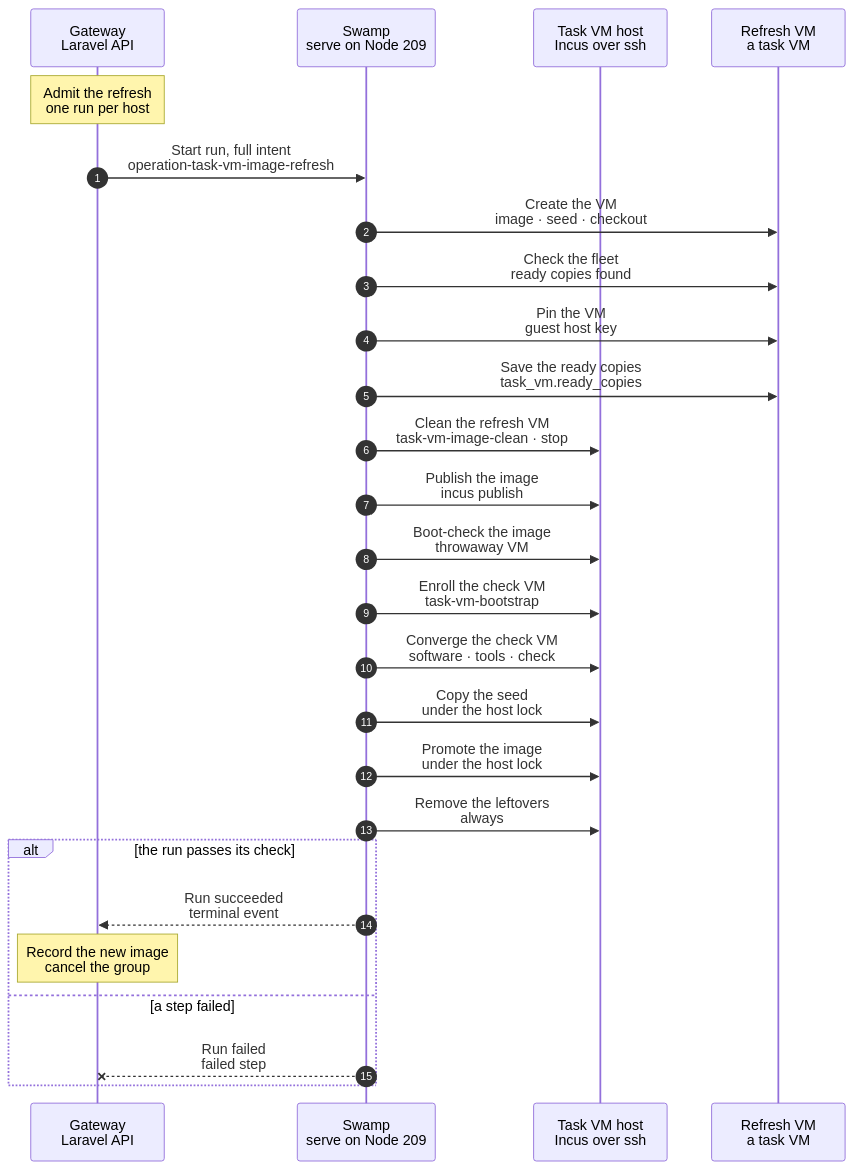
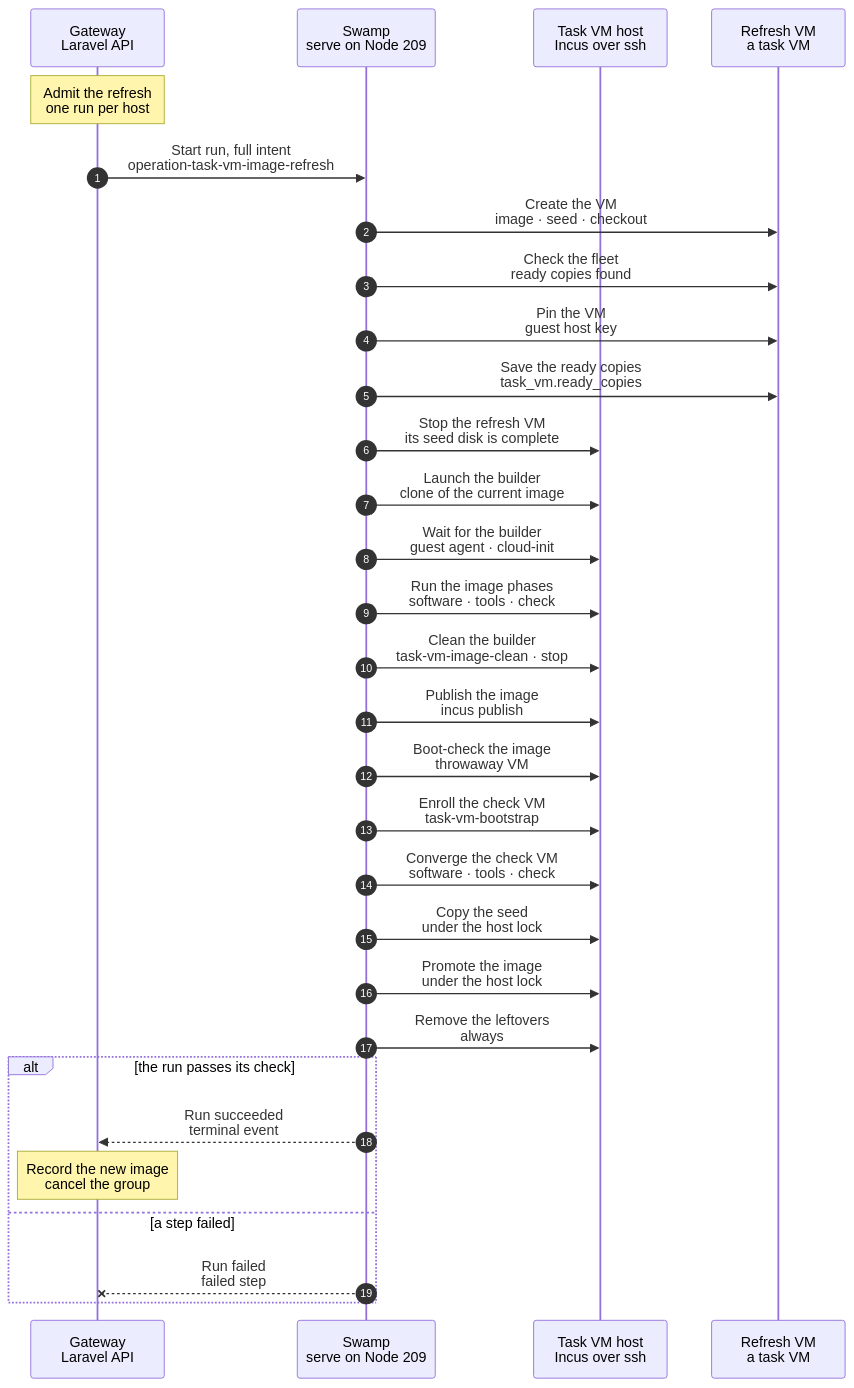
Before and after one commit to hardimpactdev/orbit: the diagram in docs/cli/tasks/vm-image-refresh.mmd, drawn with Mermaid. The commit also changed 1 other file, not shown here.

Commit message:
docs(pipeline): publish the task image from a clean builder

```diff
--- a/docs/cli/tasks/vm-image-refresh.mmd
+++ b/docs/cli/tasks/vm-image-refresh.mmd
@@ -1,70 +1,81 @@
 sequenceDiagram
   %% Target design: the run that refreshes the task image and the topology seed of one task VM host (stage 6, docs/reference/pipeline/6-task-image-seed-refresh.mmd). It is the per-host part of that chart, as built.
   %% status: draft
   %% command: none · task-vms:refresh-image on the Gateway host
   %% kind: task_vm.image_refresh
   autonumber
   %% lane GW icon=gateway pill=intent tone=blue
   %% lane SW icon=workflow pill=executes tone=green
   %% lane H icon=server pill=target tone=amber
   %% lane VM icon=server pill=refresh VM tone=purple
   participant GW as Gateway<br/>Laravel API
   participant SW as Swamp<br/>serve on Node 209
   participant H as Task VM host<br/>Incus over ssh
   participant VM as Refresh VM<br/>a task VM
   Note over GW: Admit the refresh<br/>one run per host
   %%> Started by:
   %%> - the release projection, when the release that went live changed playbooks, pins or lock files; a daily Gateway schedule; and the operator commands `php artisan task-vms:refresh-image HOST` and `task-vms:refresh-images`
   %%> Requirements:
   %%> - an active, configured task VM host with a promoted image and no image build running, and a Gateway release with a commit
   %%> Result:
   %%> - a group of its own in the proof Project, placed on this host only, and the full intent recorded; a second admission for the host returns the open run
   GW->>SW: Start run, full intent<br/>operation-task-vm-image-refresh
   SW->>VM: Create the VM<br/>image · seed · checkout
   %%> What it does:
   %%> - the child `operation-task-provision`: a task VM from the image the host promoted last, with a clone of its seed, the checkout of the release commit, the converge of the outer VM and the nested fleet from the ready copies
   SW->>VM: Check the fleet<br/>ready copies found
   %%> What it does:
   %%> - an assert on the receipt of the VM step: the nested fleet started from the ready copies; a seed without usable ready copies fails the run here, before anything is published
   SW->>VM: Pin the VM<br/>guest host key
   %%> What it does:
   %%> - fills the host key the VM step observed into the ready copies intent
   SW->>VM: Save the ready copies<br/>task_vm.ready_copies
   %%> What it does:
   %%> - the child `operation-task-vm-ready-copies`: key-free, self-contained copies in the seed disk, boot-checked
-  SW->>H: Clean the refresh VM<br/>task-vm-image-clean · stop
+  SW->>H: Stop the refresh VM<br/>its seed disk is complete
   %%> What it does:
-  %%> - the child `task-vm-image-clean` through `incus exec`, which the image build calls too for its builder: removes the nested guests and network, the WireGuard key, the observer identity and secret, the Pi token, the model key, the Club key and the checkout
-  %%> - resets cloud-init, the machine-id and the SSH host keys, trims the disk and stops the VM
+  %%> - `incus stop` of the refresh VM: it yields only its seed disk and is never published
+  SW->>H: Launch the builder<br/>clone of the current image
+  %%> What it does:
+  %%> - `incus init` of the builder from the alias of the current image, with the cloud-init key of Node 209; the builder is never enrolled and has no seed
+  SW->>H: Wait for the builder<br/>guest agent · cloud-init
+  %%> What it does:
+  %%> - `incus wait` for the guest agent, then `cloud-init status --wait`
+  SW->>H: Run the image phases<br/>software · tools · check
+  %%> What it does:
+  %%> - the child `task-vm-image-ansible` on the builder, as the image build runs it: the VM is at the pins of the release
+  SW->>H: Clean the builder<br/>task-vm-image-clean · stop
+  %%> What it does:
+  %%> - the child `task-vm-image-clean`, which the image build calls too: resets cloud-init, the machine-id and the SSH host keys, trims the disk and stops the builder
   SW->>H: Publish the image<br/>incus publish
   %%> What it does:
-  %%> - publishes the stopped VM under a candidate alias and reads its fingerprint
+  %%> - publishes the stopped builder under a candidate alias and reads its fingerprint
   SW->>H: Boot-check the image<br/>throwaway VM
   %%> What it does:
   %%> - the child `task-vm-image-smoke`, as in the image build: a throwaway VM from the candidate and the check phase of the task VM role on it
   SW->>H: Enroll the check VM<br/>task-vm-bootstrap
   %%> What it does:
   %%> - the child `task-vm-bootstrap` on the throwaway VM of the boot check: the account, the key, the sudoers file and the observer install with their checks, the same steps as an enrollment
   SW->>H: Converge the check VM<br/>software · tools · check
   %%> What it does:
   %%> - the child `task-vm-image-ansible` with the phases of a provision converge on the same VM; the promotion waits for this step and the one before
   SW->>H: Copy the seed<br/>under the host lock
   %%> What it does:
   %%> - copies the seed disk of the refresh VM to the seed name of the new fingerprint, then `zfs promote` so refreshes form no clone chain
   SW->>H: Promote the image<br/>under the host lock
   %%> What it does:
   %%> - the child `task-vm-image-promote`, as in the image build: the alias moves to the new image and the old image keeps the alias `-previous`; the old seed stays under its own name
   SW->>H: Remove the leftovers<br/>always
   %%> What it does:
-  %%> - removes the check VM; when the alias does not point at the new image, also the candidate image and the new seed
+  %%> - removes the builder and the check VM; when the alias does not point at the new image, also the candidate image and the new seed
   alt the run passes its check
     SW-->>GW: Run succeeded<br/>terminal event
     Note over GW: Record the new image<br/>cancel the group
     %%> Result:
     %%> - the new image is the host's latest promoted build, with the recipe identity of the release
     %%> - the cancel of the group destroys the refresh VM
   else a step failed
     SW--xGW: Run failed<br/>failed step
     %%> On failure:
     %%> - the host keeps the image and the seed it had; the group is cancelled and the refresh VM destroyed
   end
```
